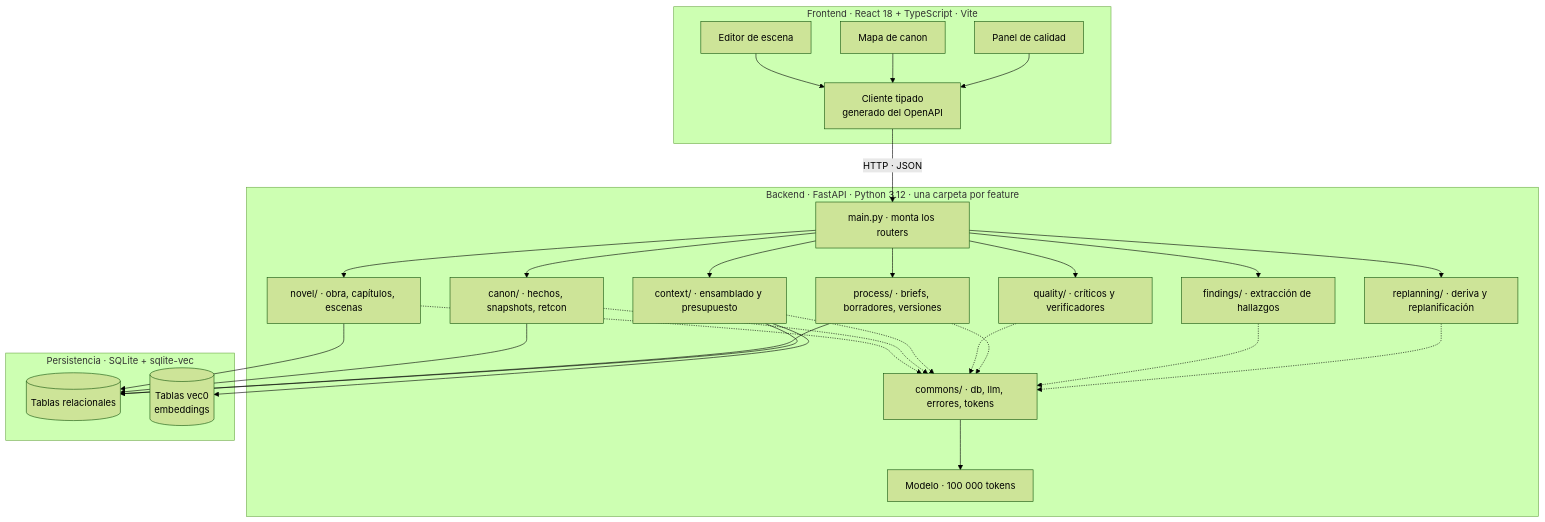
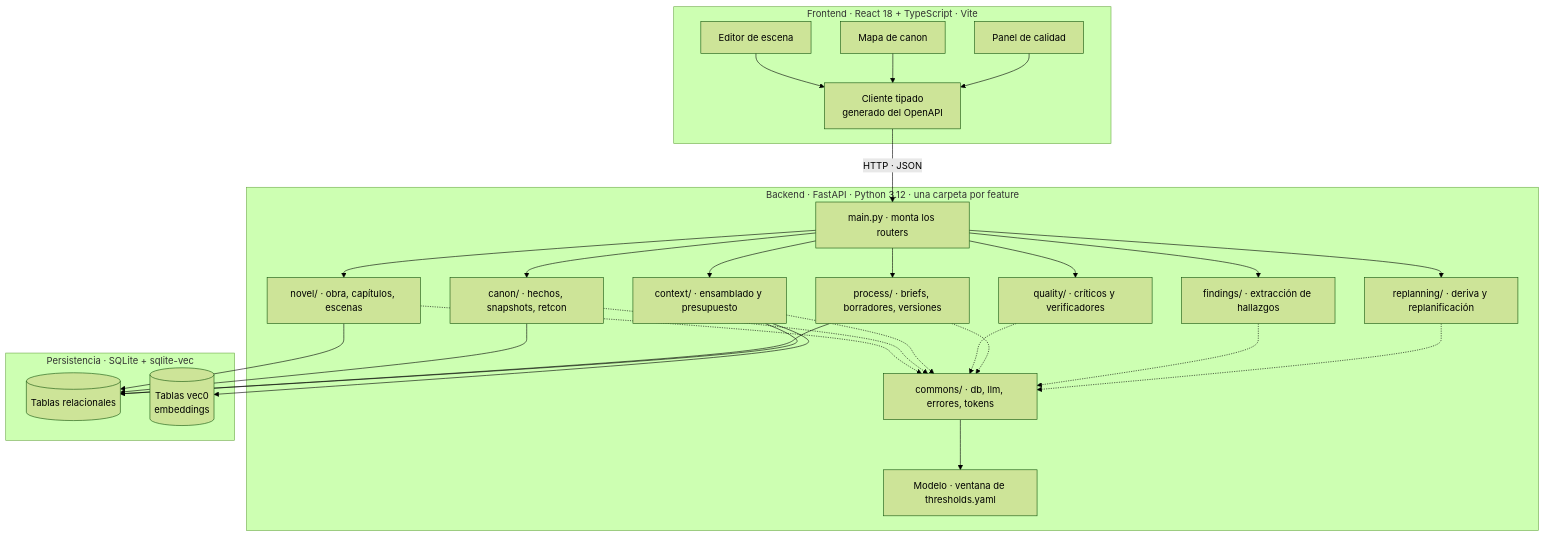
The first of 3 diagrams in docs/architecture.md (BrunoCrz3/MyStory), drawn with Mermaid (forest theme) before and after one commit. The commit also changed other lines of this file and 4 other files, not shown here.

First line of the commit message:
Centralizar el literal de la ventana en thresholds.yaml (auditoria #31)

````diff
--- a/docs/architecture.md
+++ b/docs/architecture.md
@@ -30,48 +30,48 @@
 ```mermaid
 flowchart TD
   subgraph FE[Frontend · React 18 + TypeScript · Vite]
     ED[Editor de escena]
     MP[Mapa de canon]
     QP[Panel de calidad]
     CL[Cliente tipado<br/>generado del OpenAPI]
     ED --> CL
     MP --> CL
     QP --> CL
   end
   subgraph BE[Backend · FastAPI · Python 3.12 · una carpeta por feature]
     MN[main.py · monta los routers]
     NOV[novel/ · obra, capítulos, escenas]
     CAN[canon/ · hechos, snapshots, retcon]
     CTX[context/ · ensamblado y presupuesto]
     QUA[quality/ · críticos y verificadores]
     PRO[process/ · briefs, borradores, versiones]
     FND[findings/ · extracción de hallazgos]
     RPL[replanning/ · deriva y replanificación]
     CMN[commons/ · db, llm, errores, tokens]
     MN --> NOV
     MN --> CAN
     MN --> CTX
     MN --> QUA
     MN --> PRO
     MN --> FND
     MN --> RPL
     NOV -.-> CMN
     CAN -.-> CMN
     CTX -.-> CMN
     QUA -.-> CMN
     PRO -.-> CMN
     FND -.-> CMN
     RPL -.-> CMN
-    CMN --> LLM[Modelo · 100 000 tokens]
+    CMN --> LLM[Modelo · ventana de thresholds.yaml]
   end
   subgraph DB[Persistencia · SQLite + sqlite-vec]
     REL[(Tablas relacionales)]
     VEC[(Tablas vec0<br/>embeddings)]
   end
   CL -->|HTTP · JSON| MN
   NOV --> REL
   CAN --> REL
   PRO --> REL
   CTX --> REL
   CTX --> VEC
 ```
````
